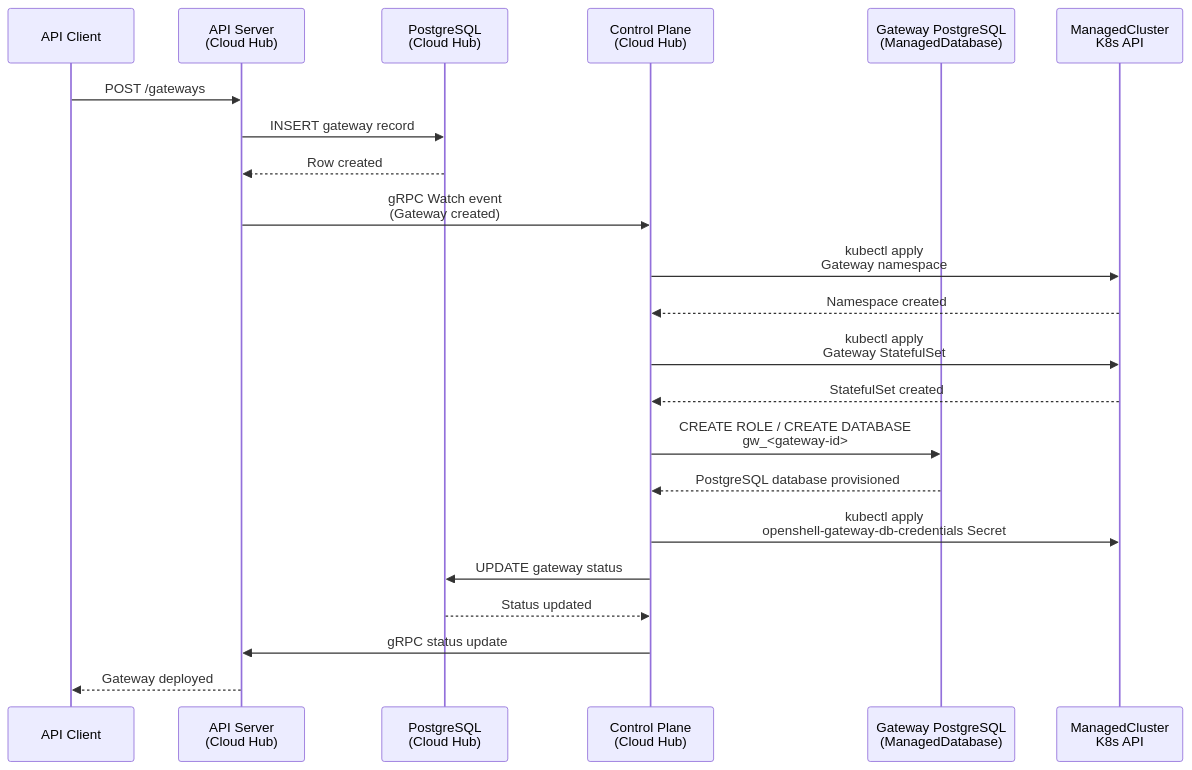
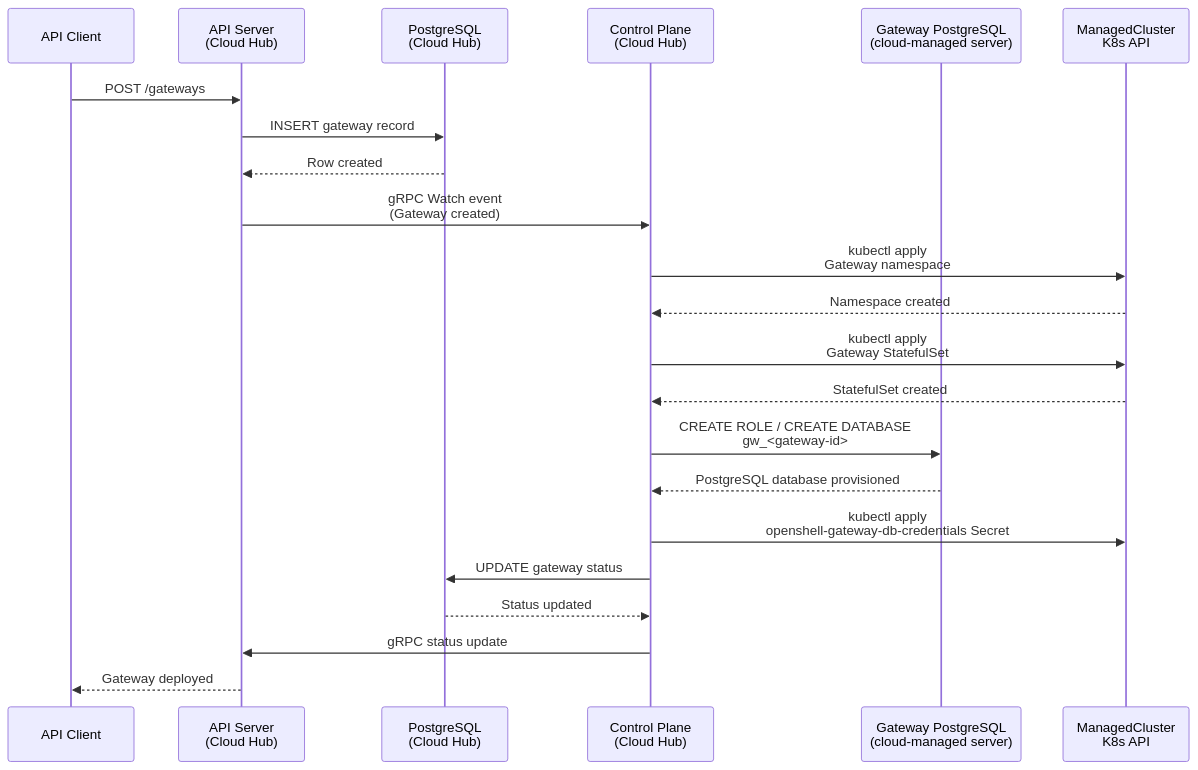
One commit to jonmosco/hypershell changed the fourth of 8 diagrams in specs/platform/global-architecture.spec.md. Above: the diagram before and after it, drawn with Mermaid. The commit also changed other lines of this file and 224 other files, not shown here.

````diff
--- a/specs/platform/global-architecture.spec.md
+++ b/specs/platform/global-architecture.spec.md
@@ -230,25 +230,25 @@
 ```mermaid
 sequenceDiagram
     participant User as API Client
     participant API as API Server<br/>(Cloud Hub)
     participant DB as PostgreSQL<br/>(Cloud Hub)
     participant CP as Control Plane<br/>(Cloud Hub)
-    participant GDB as Gateway PostgreSQL<br/>(ManagedDatabase)
+    participant GDB as Gateway PostgreSQL<br/>(cloud-managed server)
     participant MC as ManagedCluster<br/>K8s API
 
     User->>API: POST /gateways
     API->>DB: INSERT gateway record
     DB-->>API: Row created
     API->>CP: gRPC Watch event<br/>(Gateway created)
     CP->>MC: kubectl apply<br/>Gateway namespace
     MC-->>CP: Namespace created
     CP->>MC: kubectl apply<br/>Gateway StatefulSet
     MC-->>CP: StatefulSet created
     CP->>GDB: CREATE ROLE / CREATE DATABASE<br/>gw_<gateway-id>
     GDB-->>CP: PostgreSQL database provisioned
     CP->>MC: kubectl apply<br/>openshell-gateway-db-credentials Secret
     CP->>DB: UPDATE gateway status
     DB-->>CP: Status updated
     CP->>API: gRPC status update
     API-->>User: Gateway deployed
 ```
````
